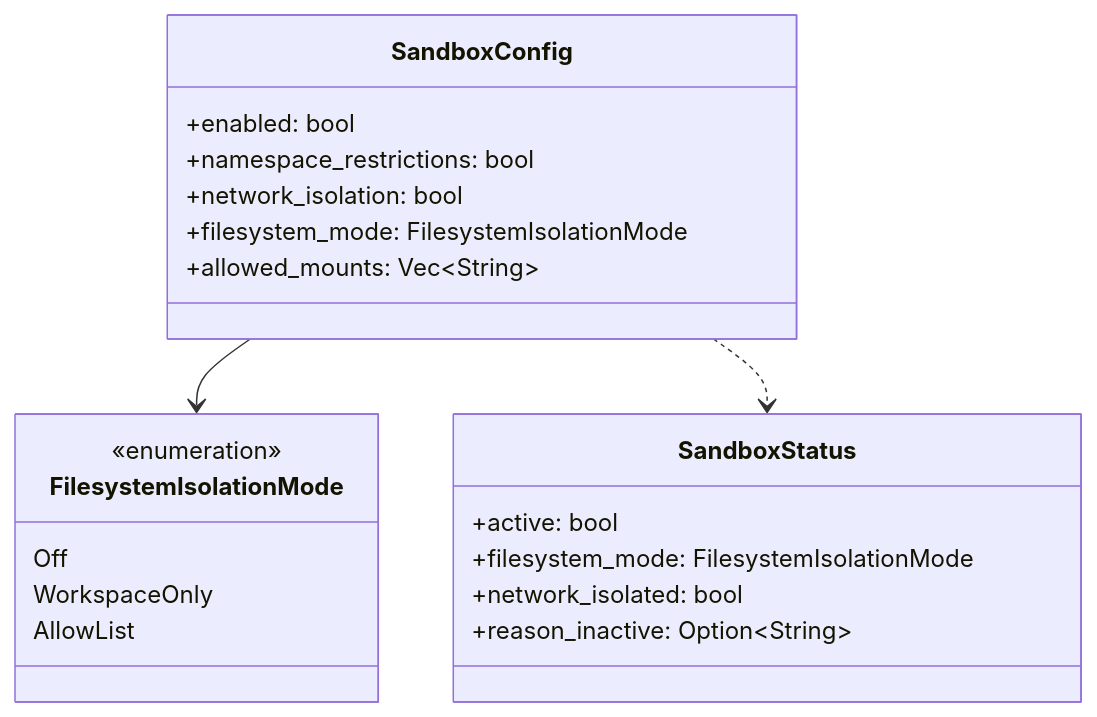
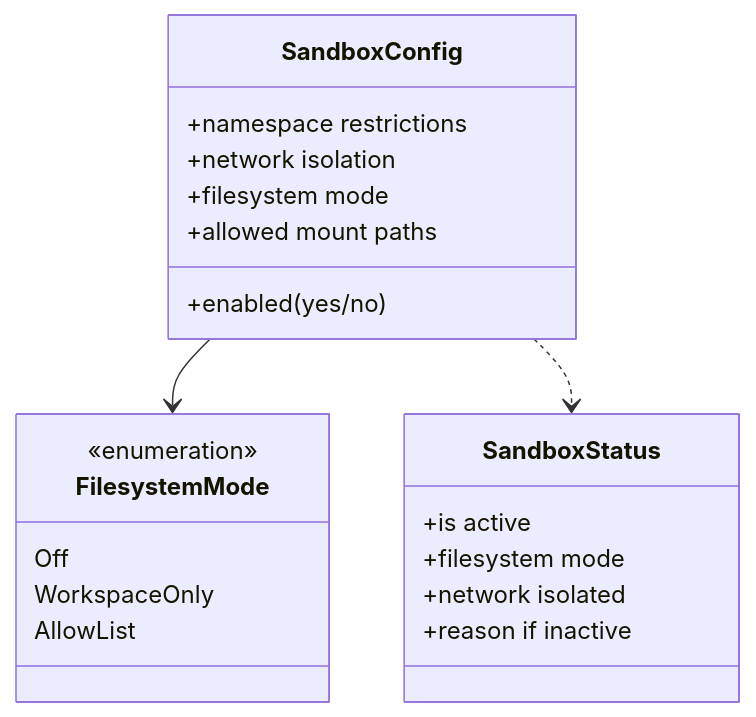
The third of 5 diagrams in docs/12-sandbox-execution/README.md (Luxshan2000/inside-claude-code), drawn with Mermaid before and after one commit. The commit also changed 12 other files, not shown here.

First line of the commit message:
Clean up: Remove code-specific references, keep pure architecture concepts

````diff
--- a/docs/12-sandbox-execution/README.md
+++ b/docs/12-sandbox-execution/README.md
@@ -63,27 +63,27 @@
 ```mermaid
 classDiagram
     class SandboxConfig {
-        +enabled: bool
-        +namespace_restrictions: bool
-        +network_isolation: bool
-        +filesystem_mode: FilesystemIsolationMode
-        +allowed_mounts: Vec~String~
+        +enabled (yes/no)
+        +namespace restrictions
+        +network isolation
+        +filesystem mode
+        +allowed mount paths
     }
 
-    class FilesystemIsolationMode {
+    class FilesystemMode {
         <<enumeration>>
         Off
         WorkspaceOnly
         AllowList
     }
 
     class SandboxStatus {
-        +active: bool
-        +filesystem_mode: FilesystemIsolationMode
-        +network_isolated: bool
-        +reason_inactive: Option~String~
+        +is active
+        +filesystem mode
+        +network isolated
+        +reason if inactive
     }
 
-    SandboxConfig --> FilesystemIsolationMode
+    SandboxConfig --> FilesystemMode
     SandboxConfig ..> SandboxStatus
 ```
````
